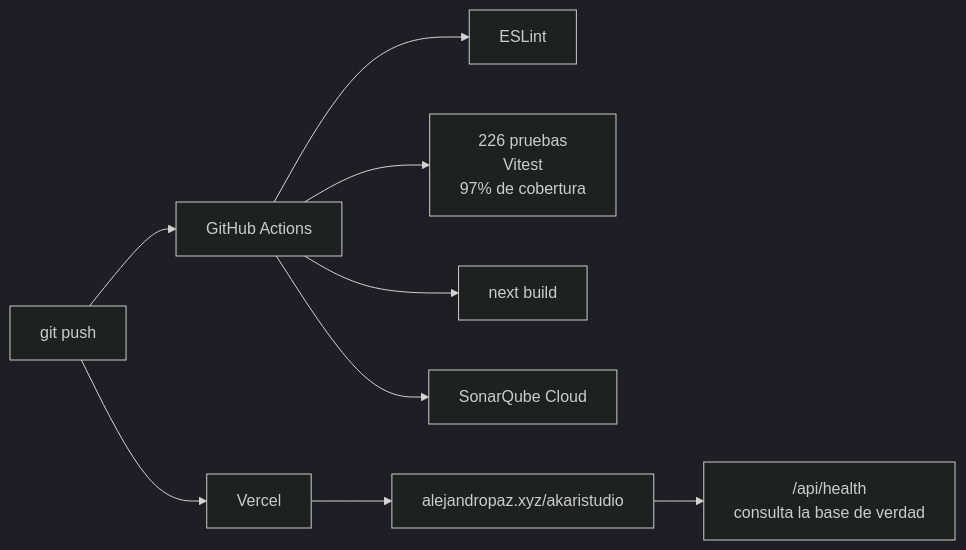
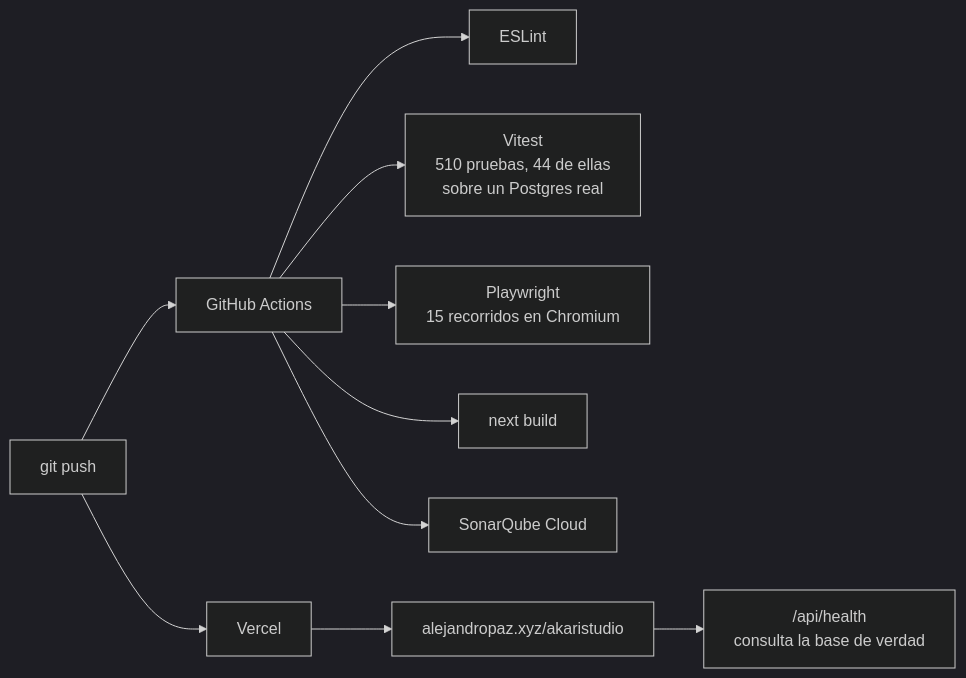
One commit to Alejandro-Paz05/Proyecto_ISW2 changed the seventh of 7 diagrams in docs/arquitectura.md. Above: the diagram before and after it, drawn with Mermaid (dark theme). The commit also changed other lines of this file and 3 other files, not shown here.

````diff
--- a/docs/arquitectura.md
+++ b/docs/arquitectura.md
@@ -260,11 +330,12 @@
 ```mermaid
 flowchart LR
     dev["git push"] --> ci["GitHub Actions"]
     ci --> lint["ESLint"]
-    ci --> test["226 pruebas<br/>Vitest<br/>97% de cobertura"]
+    ci --> test["Vitest<br/>510 pruebas, 44 de ellas<br/>sobre un Postgres real"]
+    ci --> e2e["Playwright<br/>15 recorridos en Chromium"]
     ci --> build["next build"]
     ci --> sonar["SonarQube Cloud"]
     dev --> vercel["Vercel"]
     vercel --> prod["alejandropaz.xyz/akaristudio"]
     prod --> health["/api/health<br/>consulta la base de verdad"]
 ```
````
